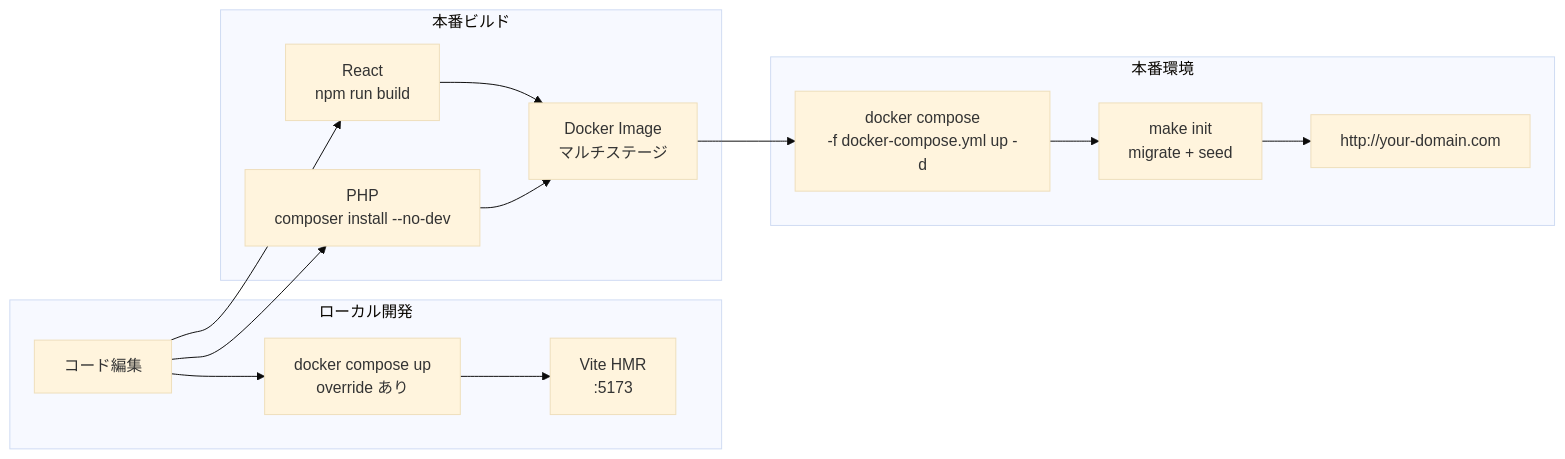
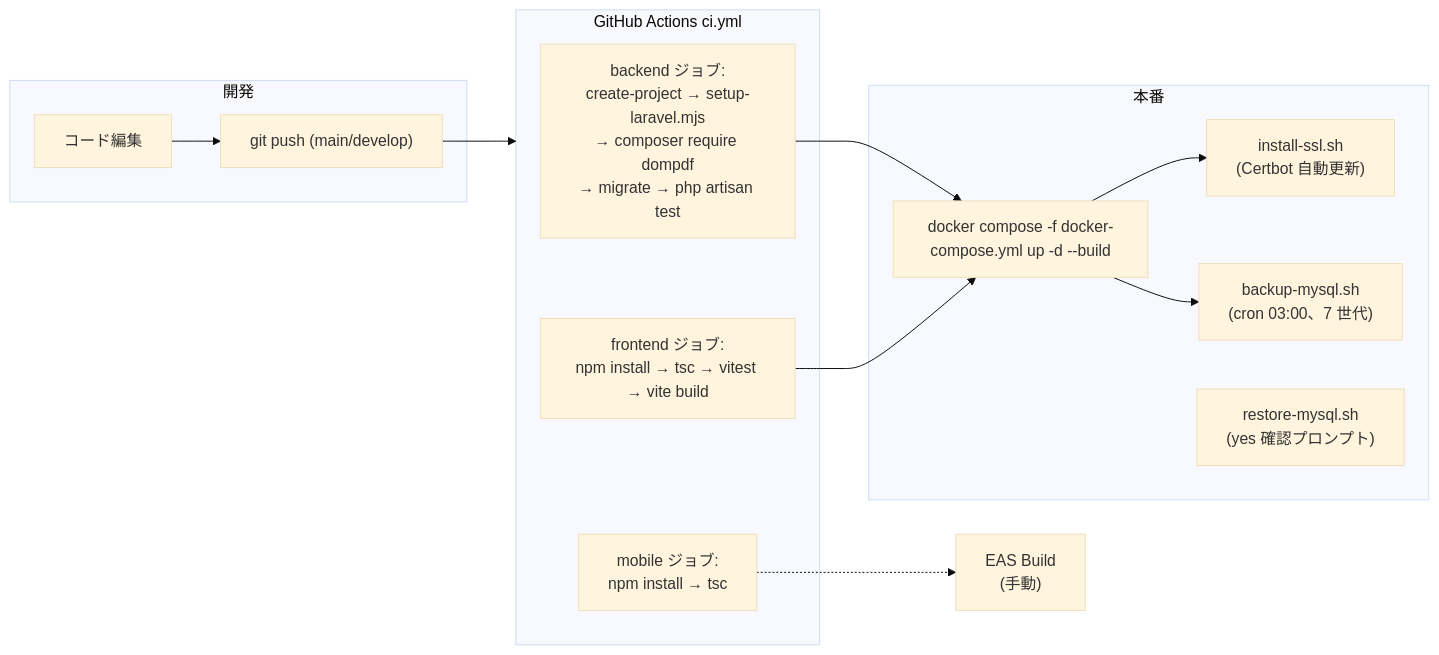
Before and after one commit to makoto-kamimura/docker_balance_sheet: diagram 11 of 11 in doc/design.md, drawn with Mermaid (base theme). The commit also changed other lines of this file and 71 other files, not shown here.

````diff
--- a/doc/design.md
+++ b/doc/design.md
@@ -401,23 +503,27 @@
 ```mermaid
 flowchart LR
-    subgraph Dev["ローカル開発"]
+    subgraph Dev["開発"]
         Code["コード編集"]
-        DC["docker compose up<br/>override あり"]
-        HMR["Vite HMR<br/>:5173"]
+        Push["git push (main/develop)"]
     end
 
-    subgraph Build["本番ビルド"]
-        RB["React<br/>npm run build"]
-        PB["PHP<br/>composer install --no-dev"]
-        IMG["Docker Image<br/>マルチステージ"]
+    subgraph CI["GitHub Actions ci.yml"]
+        Backend["backend ジョブ:<br/>create-project → setup-laravel.mjs<br/>→ composer require dompdf<br/>→ migrate → php artisan test"]
+        Frontend["frontend ジョブ:<br/>npm install → tsc → vitest → vite build"]
+        Mobile["mobile ジョブ:<br/>npm install → tsc"]
     end
 
-    subgraph Prod["本番環境"]
-        DC2["docker compose<br/>-f docker-compose.yml up -d"]
-        Init["make init<br/>migrate + seed"]
-        Live["http://your-domain.com"]
+    subgraph Prod["本番"]
+        SSL["install-ssl.sh<br/>(Certbot 自動更新)"]
+        Backup["backup-mysql.sh<br/>(cron 03:00、7 世代)"]
+        Restore["restore-mysql.sh<br/>(yes 確認プロンプト)"]
+        Deploy["docker compose -f docker-compose.yml up -d --build"]
     end
 
-    Code --> DC --> HMR
-    Code --> RB & PB --> IMG --> DC2 --> Init --> Live
+    Code --> Push --> CI
+    Backend --> Deploy
+    Frontend --> Deploy
+    Mobile -.-> EAS["EAS Build<br/>(手動)"]
+    Deploy --> SSL
+    Deploy --> Backup
 ```
````
